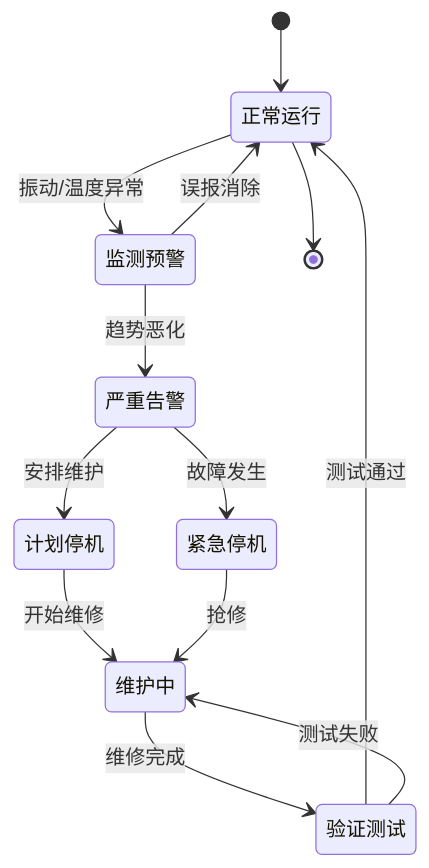
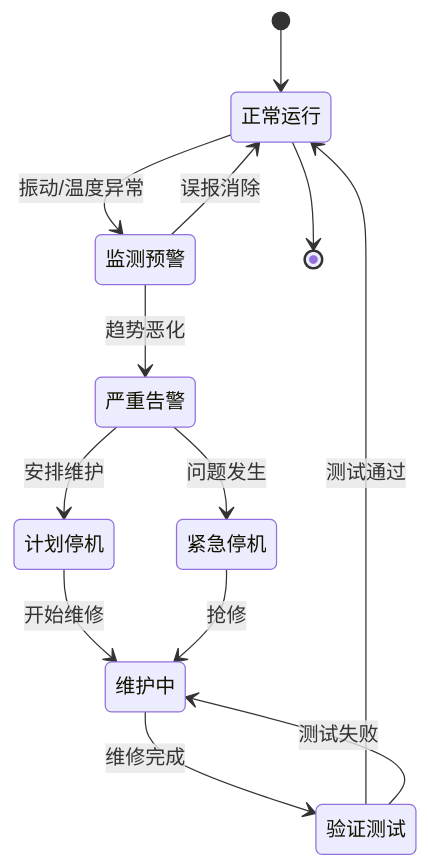
One commit to kudig-io/kudig-database changed the third of 5 diagrams in domain-20-application-patterns/topic-application-architecture/51-smart-manufacturing-mes.md. Above: the diagram before and after it, drawn with Mermaid. The commit also changed other lines of this file and 1236 other files, not shown here.

````diff
--- a/domain-20-application-patterns/topic-application-architecture/51-smart-manufacturing-mes.md
+++ b/domain-20-application-patterns/topic-application-architecture/51-smart-manufacturing-mes.md
@@ -223,15 +223,15 @@
 ```mermaid
 stateDiagram-v2
     [*] --> 正常运行
     正常运行 --> 监测预警: 振动/温度异常
     监测预警 --> 严重告警: 趋势恶化
     监测预警 --> 正常运行: 误报消除
     严重告警 --> 计划停机: 安排维护
-    严重告警 --> 紧急停机: 故障发生
+    严重告警 --> 紧急停机: 问题发生
     计划停机 --> 维护中: 开始维修
     紧急停机 --> 维护中: 抢修
     维护中 --> 验证测试: 维修完成
     验证测试 --> 正常运行: 测试通过
     验证测试 --> 维护中: 测试失败
     正常运行 --> [*]
 ```
````
